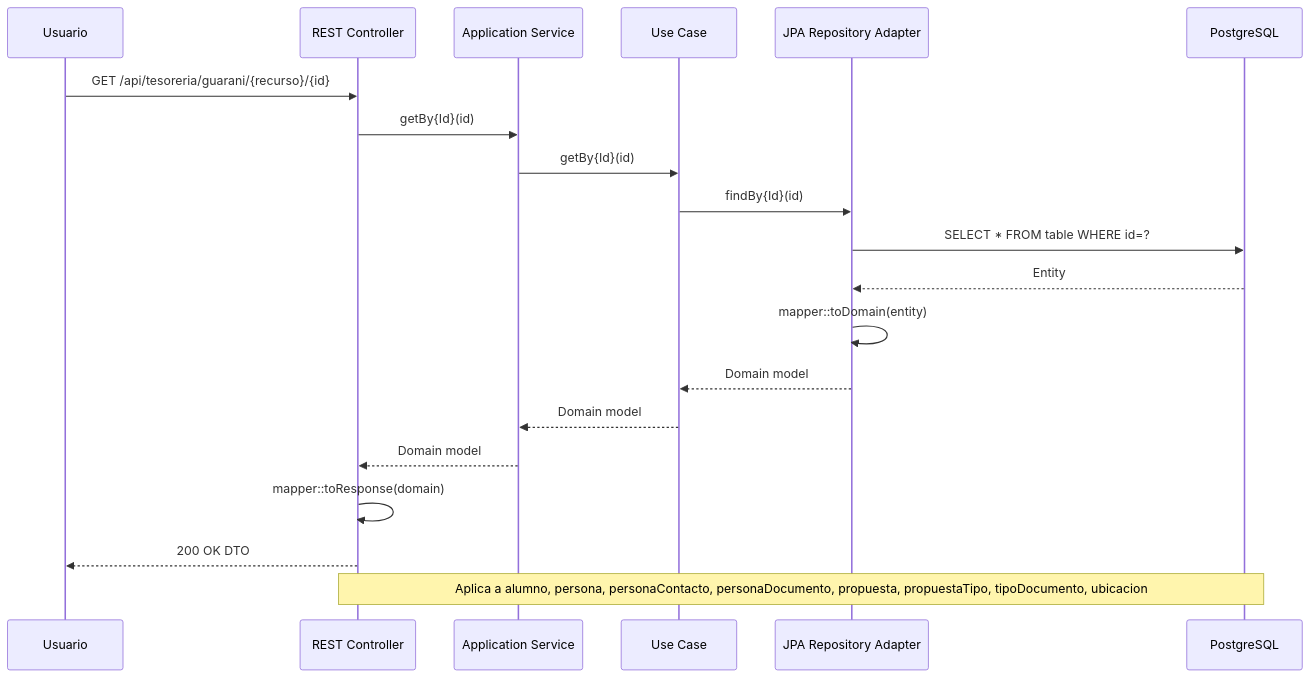
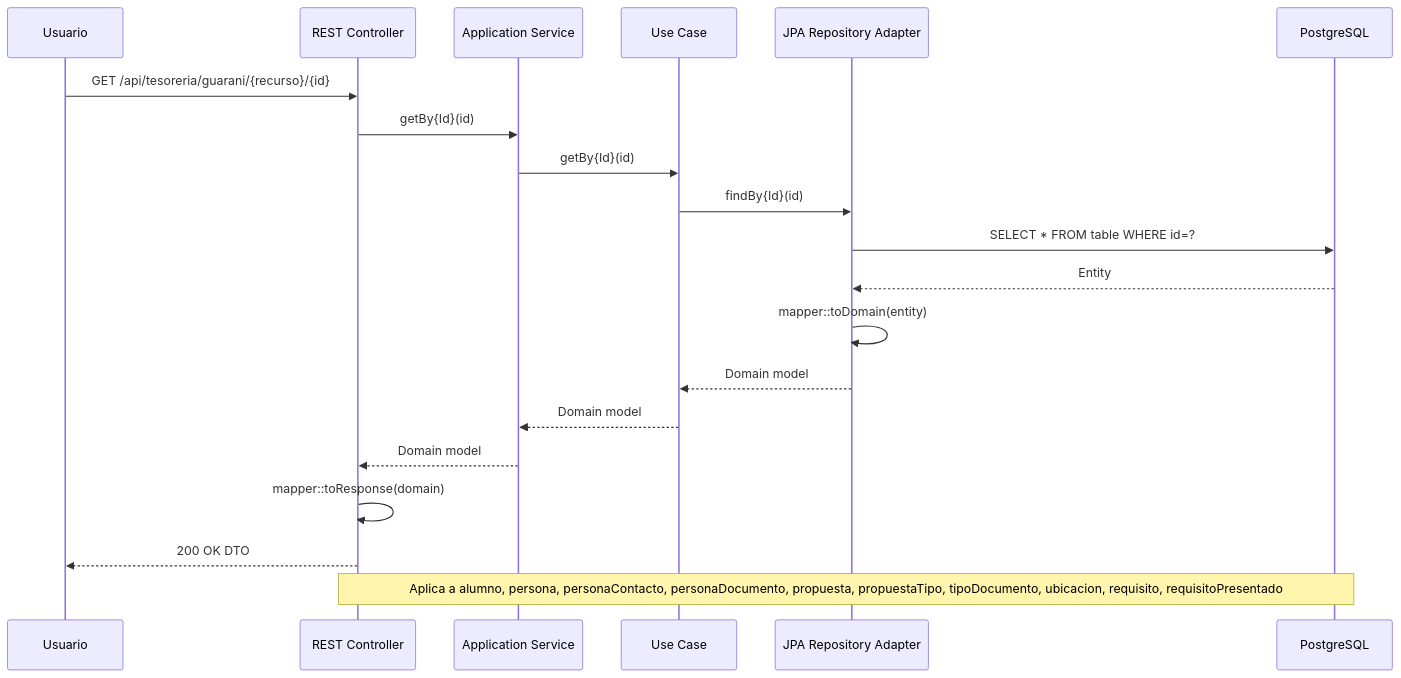
One commit to UM-services/UM.tesoreria.guarani-service changed the fourth of 7 diagrams in README.md. Above: the diagram before and after it, drawn with Mermaid. The commit also changed other lines of this file and 43 other files, not shown here.

First line of the commit message:
feat(guarani): add requisito and requisitoPresentado modules

````diff
--- a/README.md
+++ b/README.md
@@ -86,23 +86,23 @@
 ```mermaid
 sequenceDiagram
     participant User as Usuario
     participant REST as REST Controller
     participant Service as Application Service
     participant UseCase as Use Case
     participant JPA as JPA Repository Adapter
     participant DB as PostgreSQL
 
     User->>REST: GET /api/tesoreria/guarani/{recurso}/{id}
     REST->>Service: getBy{Id}(id)
     Service->>UseCase: getBy{Id}(id)
     UseCase->>JPA: findBy{Id}(id)
     JPA->>DB: SELECT * FROM table WHERE id=?
     DB-->>JPA: Entity
     JPA->>JPA: mapper::toDomain(entity)
     JPA-->>UseCase: Domain model
     UseCase-->>Service: Domain model
     Service-->>REST: Domain model
     REST->>REST: mapper::toResponse(domain)
     REST-->>User: 200 OK DTO
-    Note over REST,DB: Aplica a alumno, persona, personaContacto, personaDocumento, propuesta, propuestaTipo, tipoDocumento, ubicacion
+    Note over REST,DB: Aplica a alumno, persona, personaContacto, personaDocumento, propuesta, propuestaTipo, tipoDocumento, ubicacion, requisito, requisitoPresentado
 ```
````
